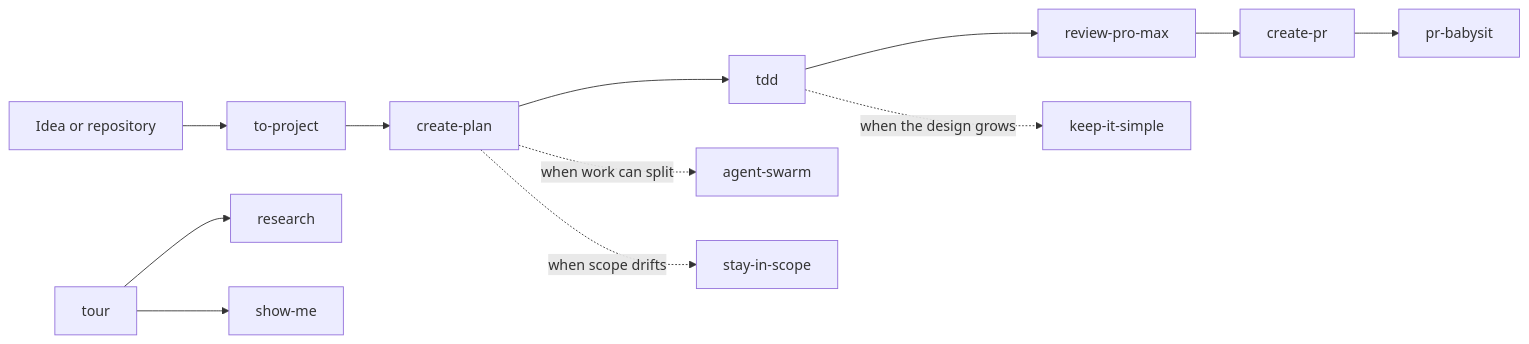
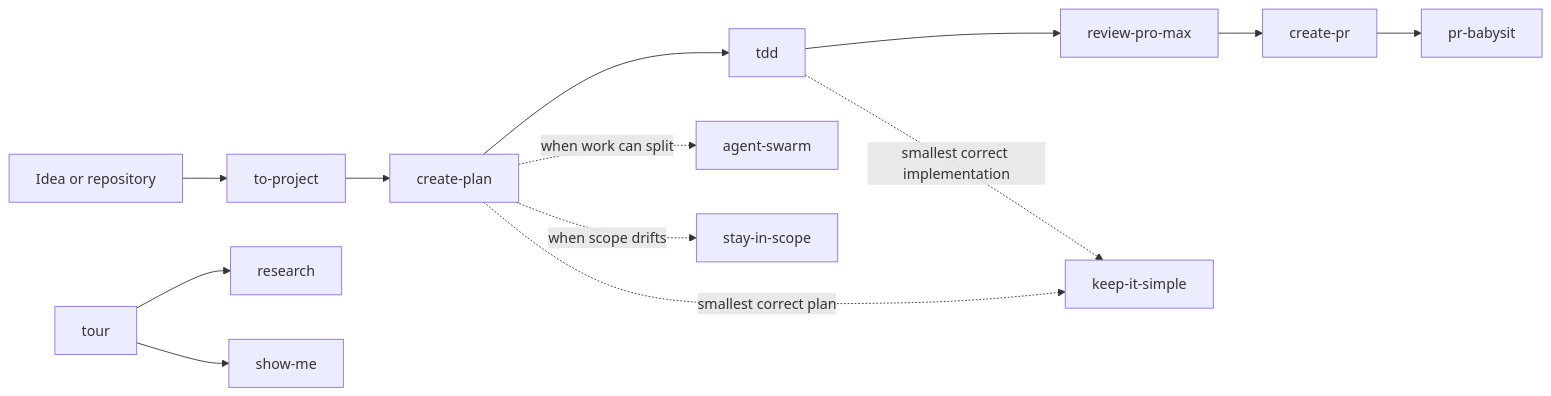
Before and after one commit to tzachbon/srulik-toolkit: the diagram in README.md, drawn with Mermaid. The commit also changed other lines of this file and 9 other files, not shown here.

````diff
--- a/README.md
+++ b/README.md
@@ -103,14 +103,15 @@
 ```mermaid
 flowchart LR
     A["Idea or repository"] --> B["to-project"]
     B --> C["create-plan"]
     C --> D["tdd"]
     D --> E["review-pro-max"]
     E --> I["create-pr"]
     I --> J["pr-babysit"]
     C -. "when work can split" .-> F["agent-swarm"]
     C -. "when scope drifts" .-> G["stay-in-scope"]
-    D -. "when the design grows" .-> H["keep-it-simple"]
+    C -. "smallest correct plan" .-> H["keep-it-simple"]
+    D -. "smallest correct implementation" .-> H
     K["tour"] --> L["research"]
     K --> M["show-me"]
 ```
````
